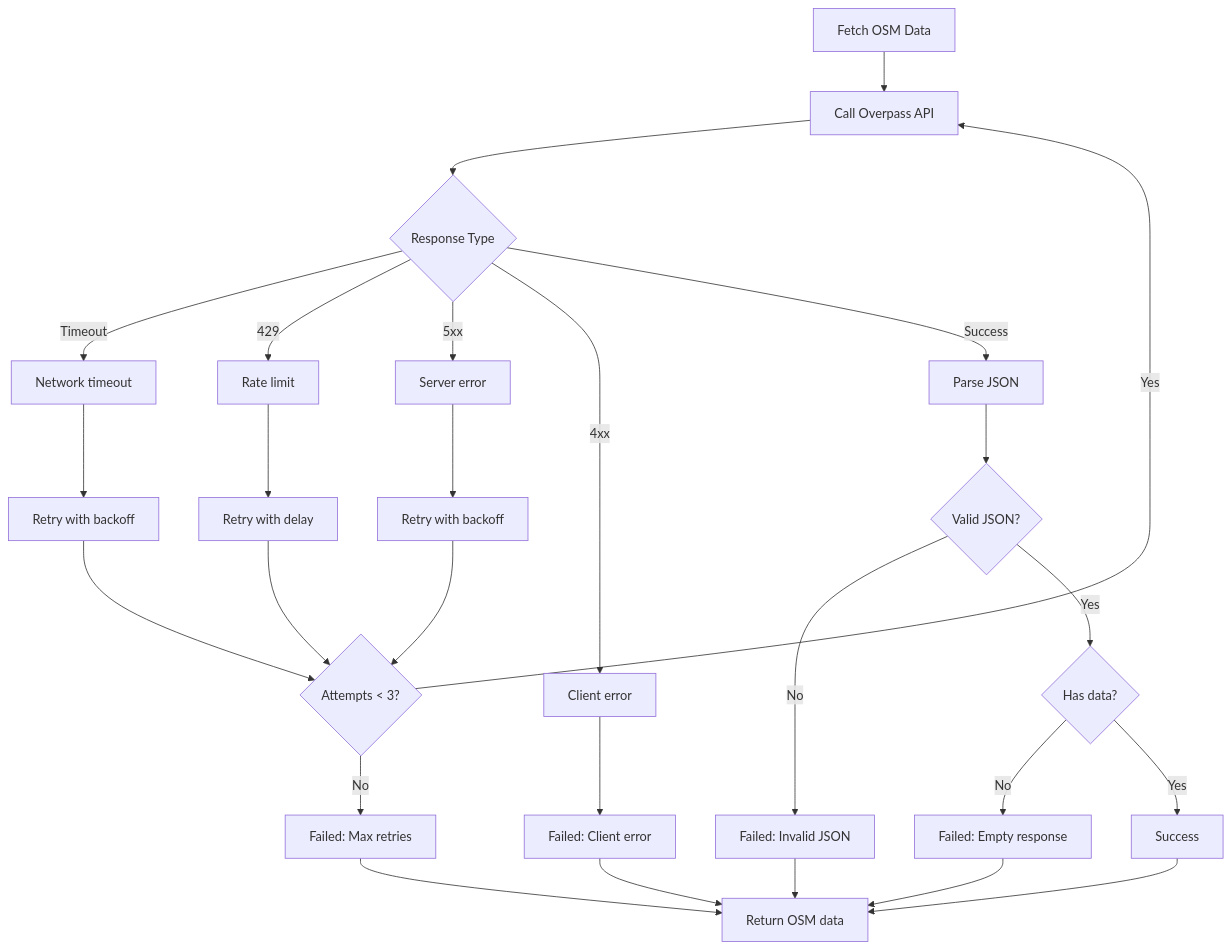
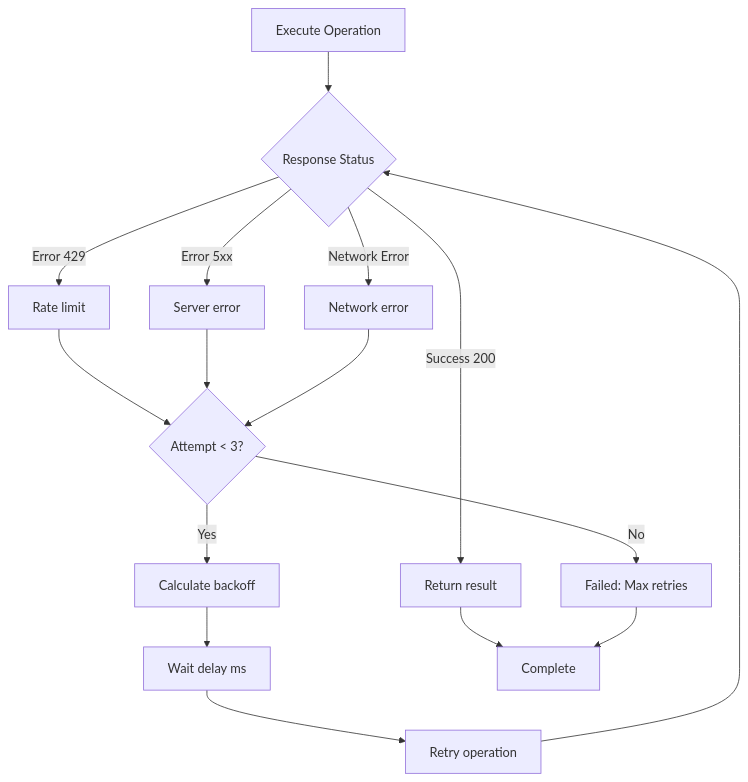
The second of 5 diagrams in docs/import/error-handling.md (DaxServer/geocode-commons-categories), drawn with Mermaid before and after one commit. The commit also changed other lines of this file and 11 other files, not shown here.

````diff
--- a/docs/import/error-handling.md
+++ b/docs/import/error-handling.md
@@ -419,40 +31,23 @@
 ```mermaid
 graph TD
-    START[Fetch OSM Data] --> API_CALL[Call Overpass API]
+    START[Execute Operation] --> RESPONSE{Response Status}
 
-    API_CALL --> RESPONSE{Response Type}
+    RESPONSE -->|Success 200| SUCCESS[Return result]
+    RESPONSE -->|Error 429| RATE_LIMIT[Rate limit]
+    RESPONSE -->|Error 5xx| SERVER_ERROR[Server error]
+    RESPONSE -->|Network Error| NETWORK[Network error]
 
-    RESPONSE -->|Timeout| TIMEOUT[Network timeout]
-    RESPONSE -->|429| RATE_LIMIT[Rate limit]
-    RESPONSE -->|5xx| SERVER_ERROR[Server error]
-    RESPONSE -->|4xx| CLIENT_ERROR[Client error]
-    RESPONSE -->|Success| PARSE[Parse JSON]
+    RATE_LIMIT --> CHECK_ATTEMPTS{Attempt < 3?}
+    SERVER_ERROR --> CHECK_ATTEMPTS
+    NETWORK --> CHECK_ATTEMPTS
 
-    TIMEOUT --> RETRY_1[Retry with backoff]
-    RATE_LIMIT --> RETRY_2[Retry with delay]
-    SERVER_ERROR --> RETRY_3[Retry with backoff]
+    CHECK_ATTEMPTS -->|Yes| CALC_DELAY[Calculate backoff]
+    CHECK_ATTEMPTS -->|No| FAIL[Failed: Max retries]
 
-    RETRY_1 --> CHECK_ATTEMPTS{Attempts < 3?}
-    RETRY_2 --> CHECK_ATTEMPTS
-    RETRY_3 --> CHECK_ATTEMPTS
+    CALC_DELAY --> WAIT[Wait delay ms]
+    WAIT --> RETRY[Retry operation]
+    RETRY --> RESPONSE
 
-    CHECK_ATTEMPTS -->|Yes| API_CALL
-    CHECK_ATTEMPTS -->|No| FAIL_1[Failed: Max retries]
-
-    CLIENT_ERROR --> FAIL_2[Failed: Client error]
-
-    PARSE --> VALID_JSON{Valid JSON?}
-
-    VALID_JSON -->|No| FAIL_3[Failed: Invalid JSON]
-    VALID_JSON -->|Yes| CHECK_DATA{Has data?}
-
-    CHECK_DATA -->|No| FAIL_4[Failed: Empty response]
-    CHECK_DATA -->|Yes| SUCCESS[Success]
-
-    SUCCESS --> END[Return OSM data]
-    FAIL_1 --> END
-    FAIL_2 --> END
-    FAIL_3 --> END
-    FAIL_4 --> END
-
+    SUCCESS --> END[Complete]
+    FAIL --> END
 ```
````
